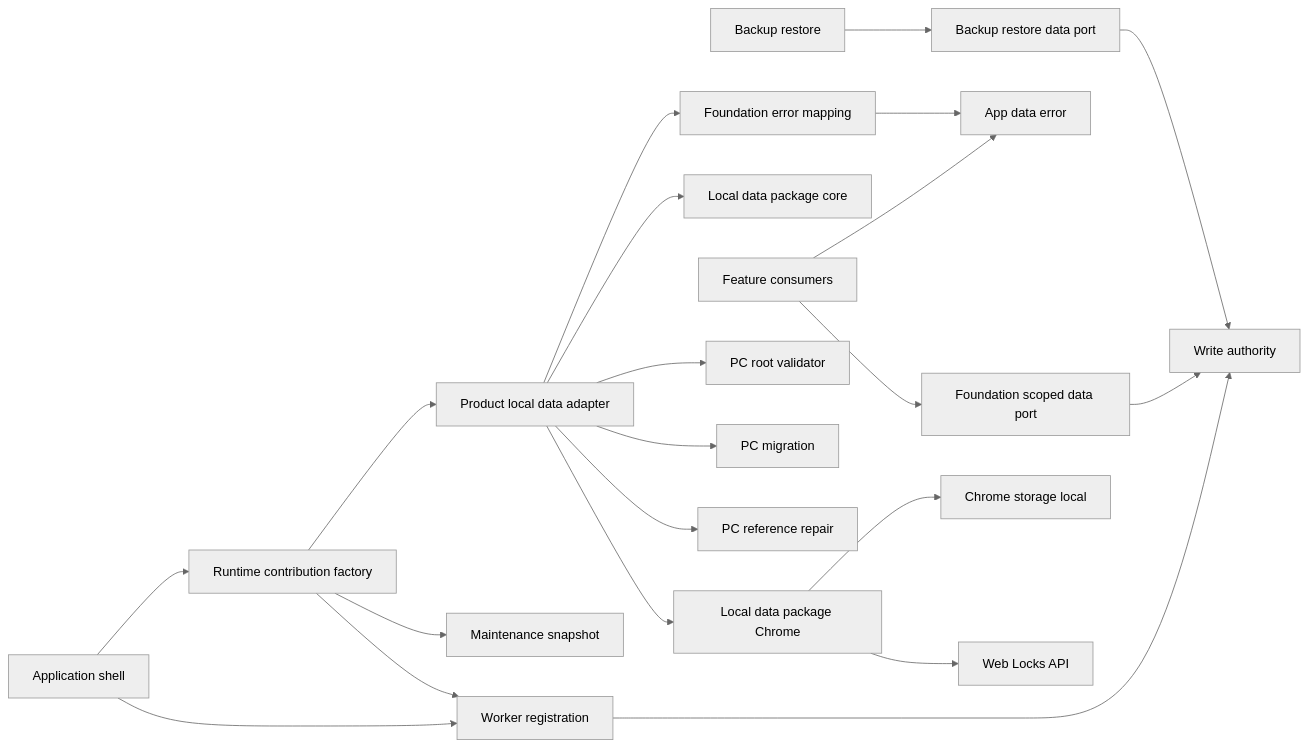
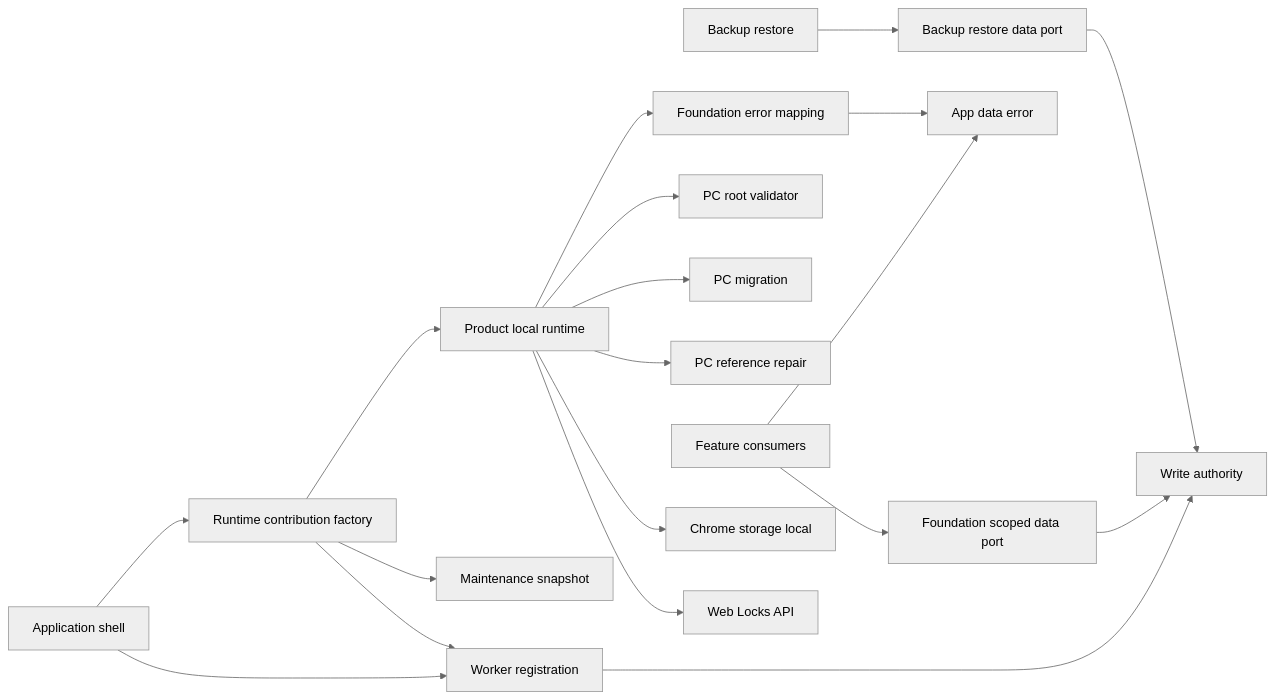
Before and after one commit to Huruikagi/pc-build-planner: the first of 4 diagrams in .kiro/specs/local-data-foundation/design.md, drawn with Mermaid (neutral theme). The commit also changed other lines of this file and 29 other files, not shown here.

Commit message:
feat(local-data-foundation): characterize product runtime

````diff
--- a/.kiro/specs/local-data-foundation/design.md
+++ b/.kiro/specs/local-data-foundation/design.md
@@ -92,23 +93,21 @@
 ```mermaid
 graph LR
     Feature[Feature consumers] --> Ports[Foundation scoped data port]
     Feature --> AppError[App data error]
     Backup[Backup restore] --> BackupPort[Backup restore data port]
     Shell[Application shell] --> Registration[Worker registration]
     Shell --> Factory[Runtime contribution factory]
     Factory --> Registration
     Factory --> Snapshot[Maintenance snapshot]
-    Factory --> ProductAdapter[Product local data adapter]
-    ProductAdapter --> PackageCore[Local data package core]
-    ProductAdapter --> PackageChrome[Local data package Chrome]
+    Factory --> ProductRuntime[Product local runtime]
     Registration --> Authority[Write authority]
     Ports --> Authority
     BackupPort --> Authority
-    ProductAdapter --> Validator[PC root validator]
-    ProductAdapter --> Migration[PC migration]
-    ProductAdapter --> Repair[PC reference repair]
-    ProductAdapter --> Mapping[Foundation error mapping]
+    ProductRuntime --> Validator[PC root validator]
+    ProductRuntime --> Migration[PC migration]
+    ProductRuntime --> Repair[PC reference repair]
+    ProductRuntime --> Mapping[Foundation error mapping]
     Mapping --> AppError
-    PackageChrome --> Storage[Chrome storage local]
-    PackageChrome --> WebLocks[Web Locks API]
+    ProductRuntime --> Storage[Chrome storage local]
+    ProductRuntime --> WebLocks[Web Locks API]
 ```
````
